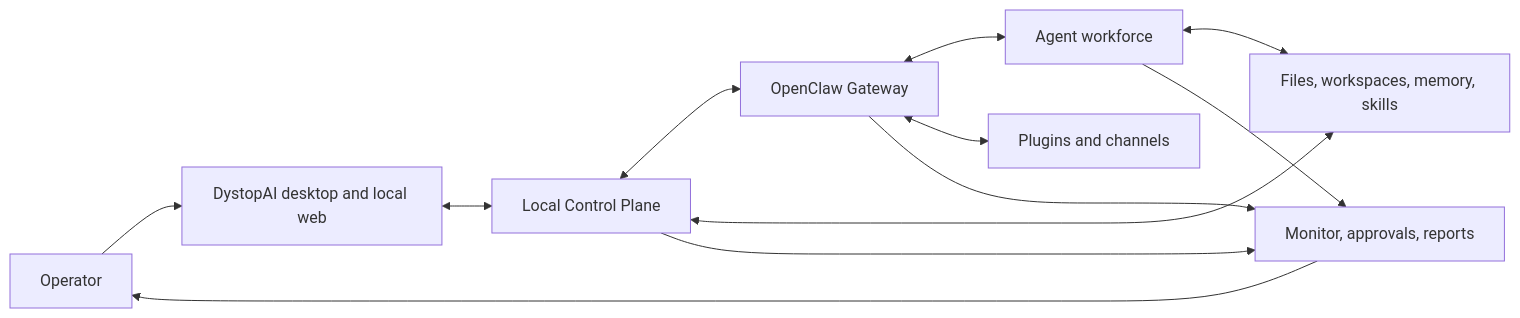
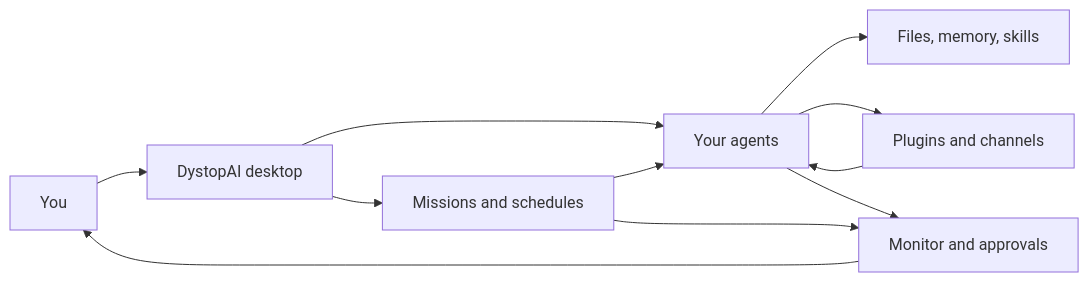
The diagram in README.md (hotboysupreme12-hash/Automnia-AI-Nexus), drawn with Mermaid before and after one commit. The commit also changed other lines of this file, not shown here.

Commit message:
Refocus README on agent capabilities

````diff
--- a/README.md
+++ b/README.md
@@ -261,23 +196,21 @@
 ```mermaid
 flowchart LR
-  Operator[Operator]
-  App[DystopAI desktop and local web]
-  Control[Local Control Plane]
-  Gateway[OpenClaw Gateway]
-  Agents[Agent workforce]
+  User[You]
+  App[DystopAI desktop]
+  Agents[Your agents]
+  Missions[Missions and schedules]
   Plugins[Plugins and channels]
-  Workspaces[Files, workspaces, memory, skills]
-  Monitor[Monitor, approvals, reports]
+  Workspaces[Files, memory, skills]
+  Monitor[Monitor and approvals]
 
-  Operator --> App
-  App <--> Control
-  Control <--> Gateway
-  Gateway <--> Agents
-  Gateway <--> Plugins
-  Agents <--> Workspaces
-  Control <--> Workspaces
-  Control --> Monitor
-  Gateway --> Monitor
+  User --> App
+  App --> Agents
+  App --> Missions
+  Missions --> Agents
+  Agents --> Workspaces
+  Agents --> Plugins
+  Plugins --> Agents
   Agents --> Monitor
-  Monitor --> Operator
+  Missions --> Monitor
+  Monitor --> User
 ```
````
